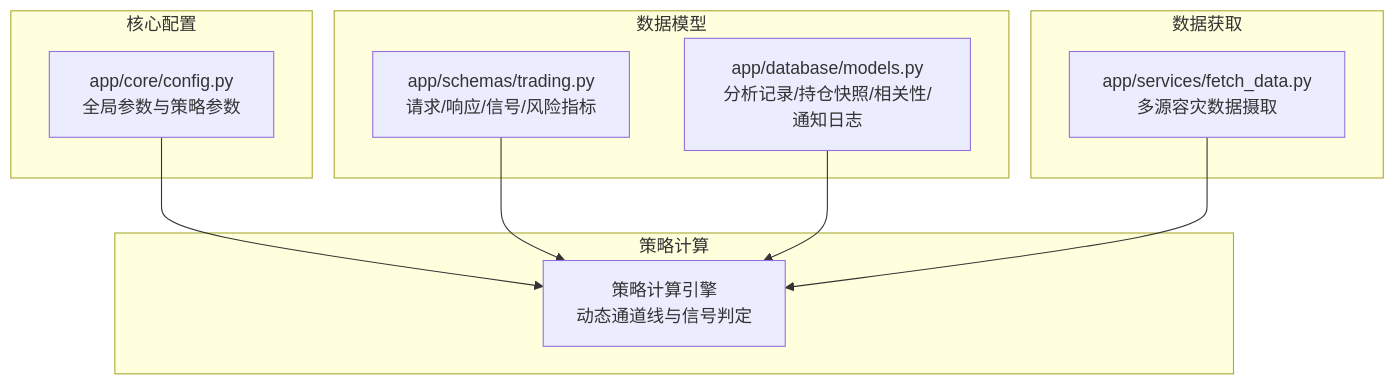
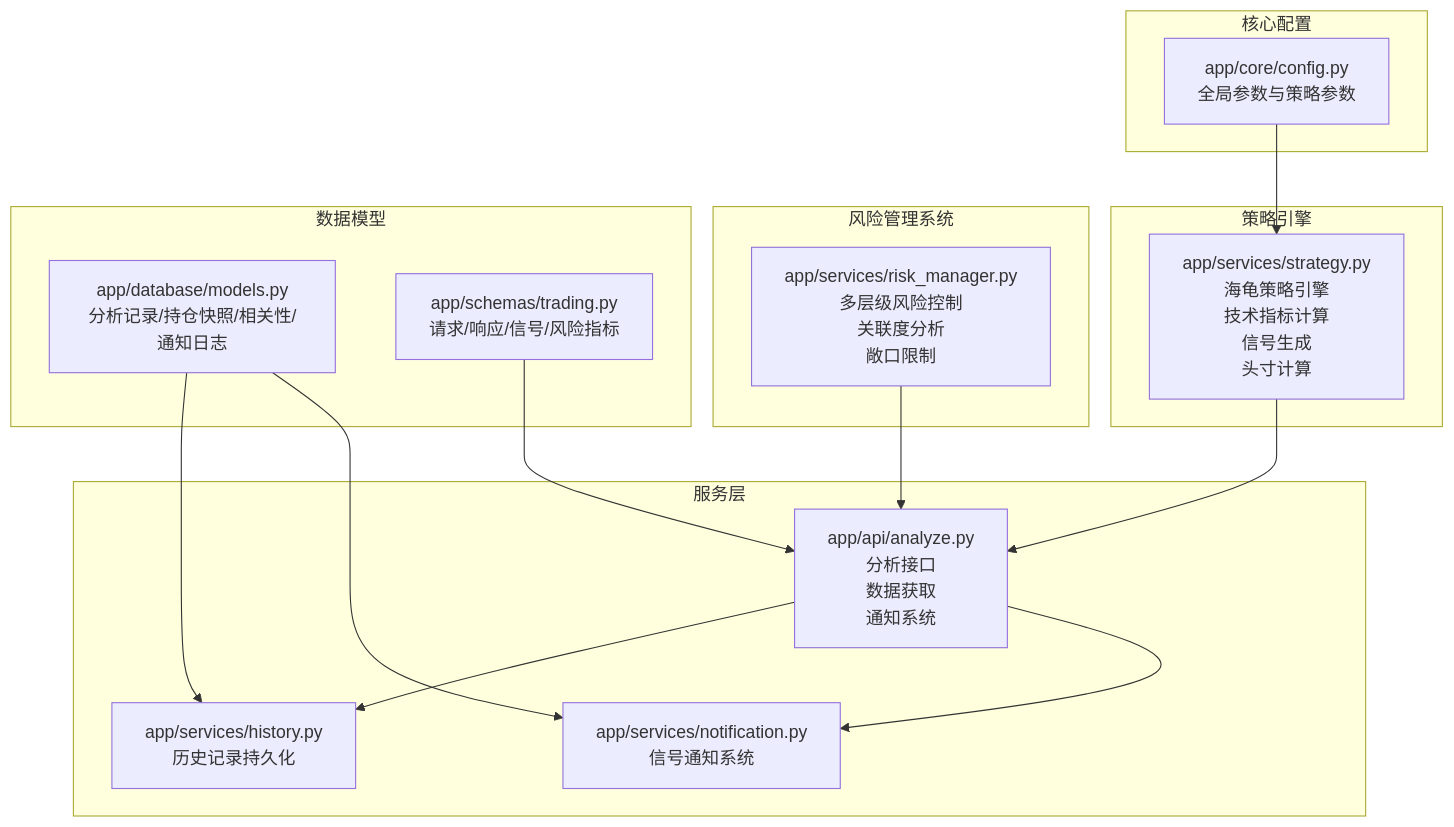
Before and after one commit to raymodny-ai/The-Modern-Turtle-Protocol: the first of 7 diagrams in .qoder/repowiki/zh/content/核心功能模块/策略计算模块.md, drawn with Mermaid. The commit also changed other lines of this file and 15 other files, not shown here.

````diff
--- a/.qoder/repowiki/zh/content/核心功能模块/策略计算模块.md
+++ b/.qoder/repowiki/zh/content/核心功能模块/策略计算模块.md
@@ -39,20 +51,29 @@
 ```mermaid
 graph TB
 subgraph "核心配置"
 CFG["app/core/config.py<br/>全局参数与策略参数"]
 end
+subgraph "策略引擎"
+STRATEGY["app/services/strategy.py<br/>海龟策略引擎<br/>技术指标计算<br/>信号生成<br/>头寸计算"]
+end
+subgraph "风险管理系统"
+RISK["app/services/risk_manager.py<br/>多层级风险控制<br/>关联度分析<br/>敞口限制"]
+end
 subgraph "数据模型"
 MODELS["app/database/models.py<br/>分析记录/持仓快照/相关性/通知日志"]
 SCHEMAS["app/schemas/trading.py<br/>请求/响应/信号/风险指标"]
 end
-subgraph "数据获取"
-FETCH["app/services/fetch_data.py<br/>多源容灾数据摄取"]
-end
-subgraph "策略计算"
-STRATEGY["策略计算引擎<br/>动态通道线与信号判定"]
+subgraph "服务层"
+API["app/api/analyze.py<br/>分析接口<br/>数据获取<br/>通知系统"]
+HISTORY["app/services/history.py<br/>历史记录持久化"]
+NOTIFY["app/services/notification.py<br/>信号通知系统"]
 end
 CFG --> STRATEGY
-SCHEMAS --> STRATEGY
-MODELS --> STRATEGY
-FETCH --> STRATEGY
+STRATEGY --> API
+RISK --> API
+SCHEMAS --> API
+MODELS --> HISTORY
+MODELS --> NOTIFY
+API --> HISTORY
+API --> NOTIFY
 ```
````
